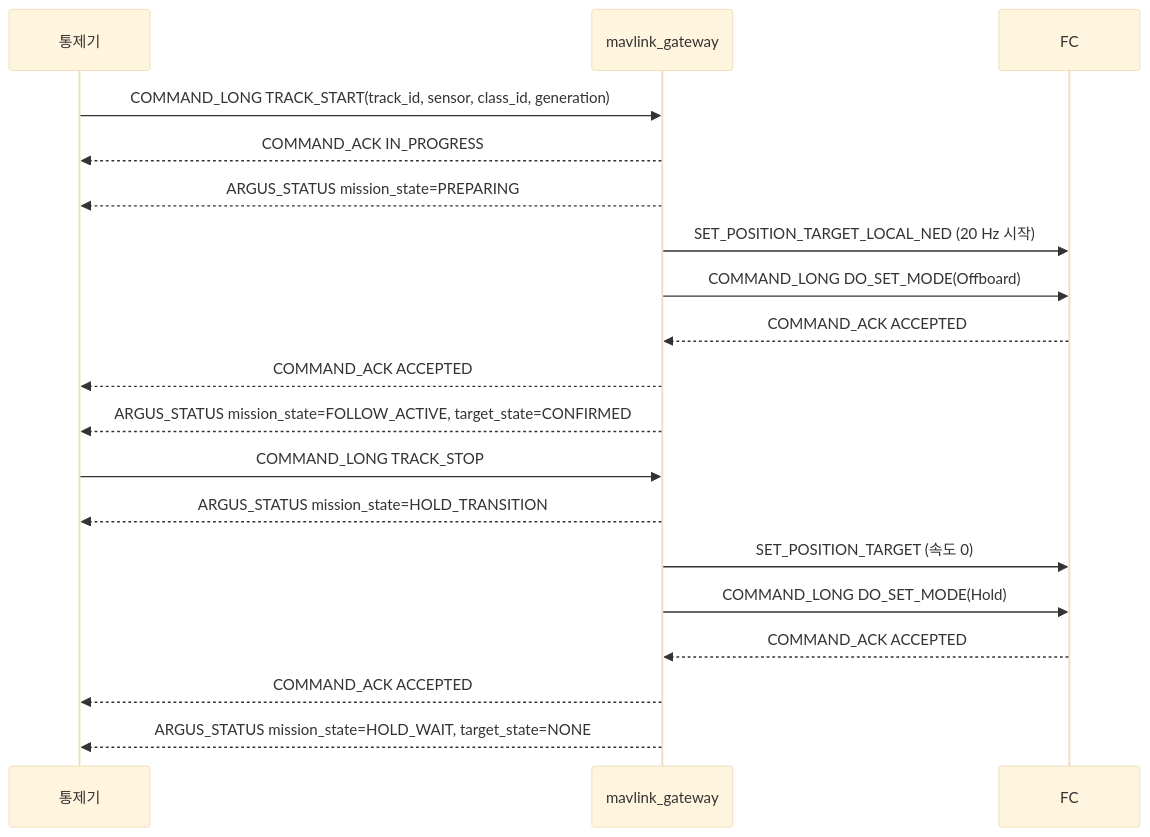
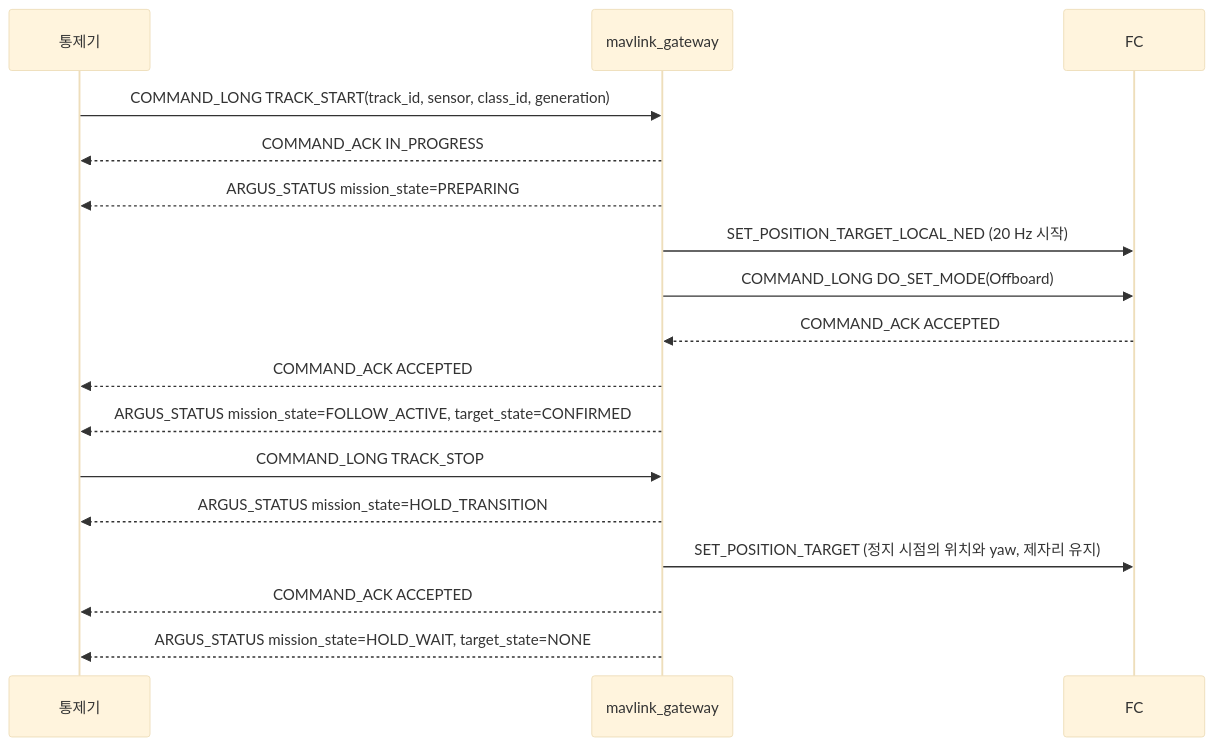
Before and after one commit to lig-argus/argus-edge-vision: the second of 2 diagrams in docs/spec/icd.md, drawn with Mermaid (base theme). The commit also changed other lines of this file and 38 other files, not shown here.

````diff
--- a/docs/spec/icd.md
+++ b/docs/spec/icd.md
@@ -166,21 +166,19 @@
 ```mermaid
 sequenceDiagram
     participant G as 통제기
     participant O as mavlink_gateway
     participant F as FC
     G->>O: COMMAND_LONG TRACK_START(track_id, sensor, class_id, generation)
     O-->>G: COMMAND_ACK IN_PROGRESS
     O-->>G: ARGUS_STATUS mission_state=PREPARING
     O->>F: SET_POSITION_TARGET_LOCAL_NED (20 Hz 시작)
     O->>F: COMMAND_LONG DO_SET_MODE(Offboard)
     F-->>O: COMMAND_ACK ACCEPTED
     O-->>G: COMMAND_ACK ACCEPTED
     O-->>G: ARGUS_STATUS mission_state=FOLLOW_ACTIVE, target_state=CONFIRMED
     G->>O: COMMAND_LONG TRACK_STOP
     O-->>G: ARGUS_STATUS mission_state=HOLD_TRANSITION
-    O->>F: SET_POSITION_TARGET (속도 0)
-    O->>F: COMMAND_LONG DO_SET_MODE(Hold)
-    F-->>O: COMMAND_ACK ACCEPTED
+    O->>F: SET_POSITION_TARGET (정지 시점의 위치와 yaw, 제자리 유지)
     O-->>G: COMMAND_ACK ACCEPTED
     O-->>G: ARGUS_STATUS mission_state=HOLD_WAIT, target_state=NONE
 ```
````
